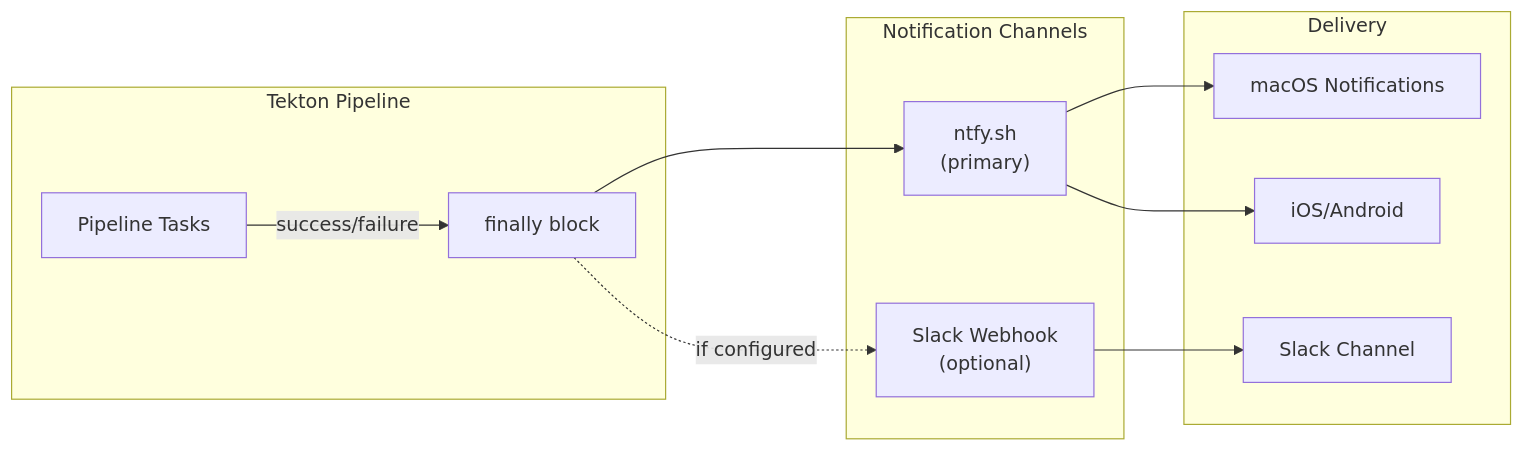
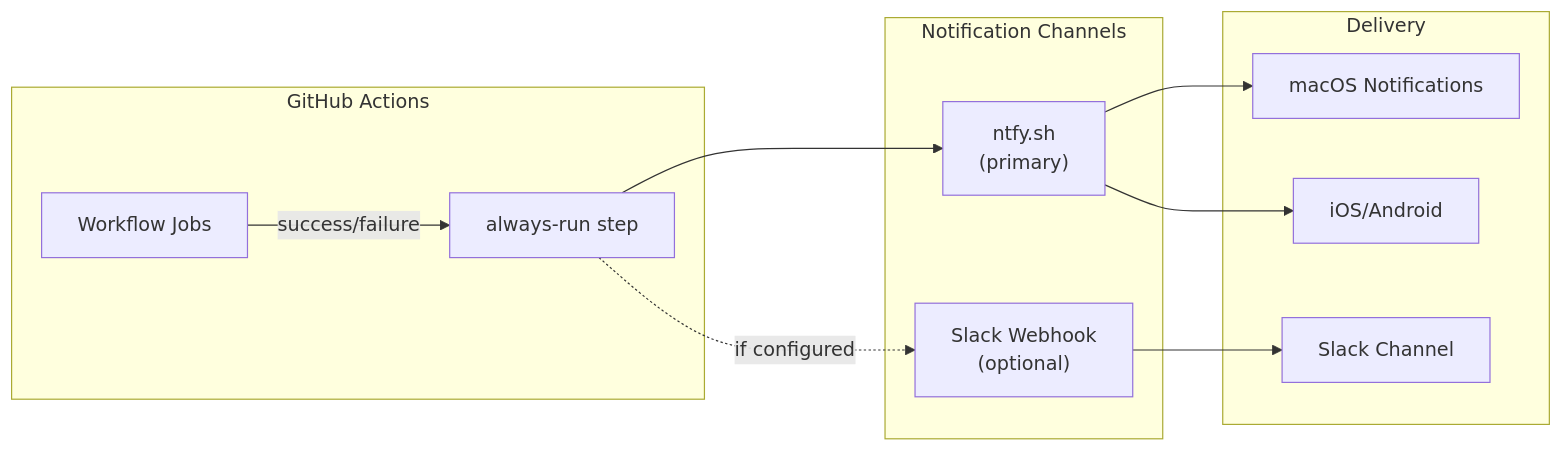
One commit to Deim0s13/newsbrief changed diagram 11 of 11 in docs/ARCHITECTURE.md. Above: the diagram before and after it, drawn with Mermaid. The commit also changed other lines of this file and 2 other files, not shown here.

````diff
--- a/docs/ARCHITECTURE.md
+++ b/docs/ARCHITECTURE.md
@@ -914,25 +887,25 @@
 ```mermaid
 flowchart LR
-    subgraph Pipeline["Tekton Pipeline"]
-        Tasks["Pipeline Tasks"]
-        Finally["finally block"]
+    subgraph Pipeline["GitHub Actions"]
+        Tasks["Workflow Jobs"]
+        Finally["always-run step"]
     end
 
     subgraph Notifications["Notification Channels"]
         ntfy["ntfy.sh<br/>(primary)"]
         Slack["Slack Webhook<br/>(optional)"]
     end
 
     subgraph Delivery["Delivery"]
         macOS["macOS Notifications"]
         iOS["iOS/Android"]
         SlackApp["Slack Channel"]
     end
 
     Tasks -->|"success/failure"| Finally
     Finally --> ntfy
     Finally -.->|"if configured"| Slack
     ntfy --> macOS
     ntfy --> iOS
     Slack --> SlackApp
 ```
````
